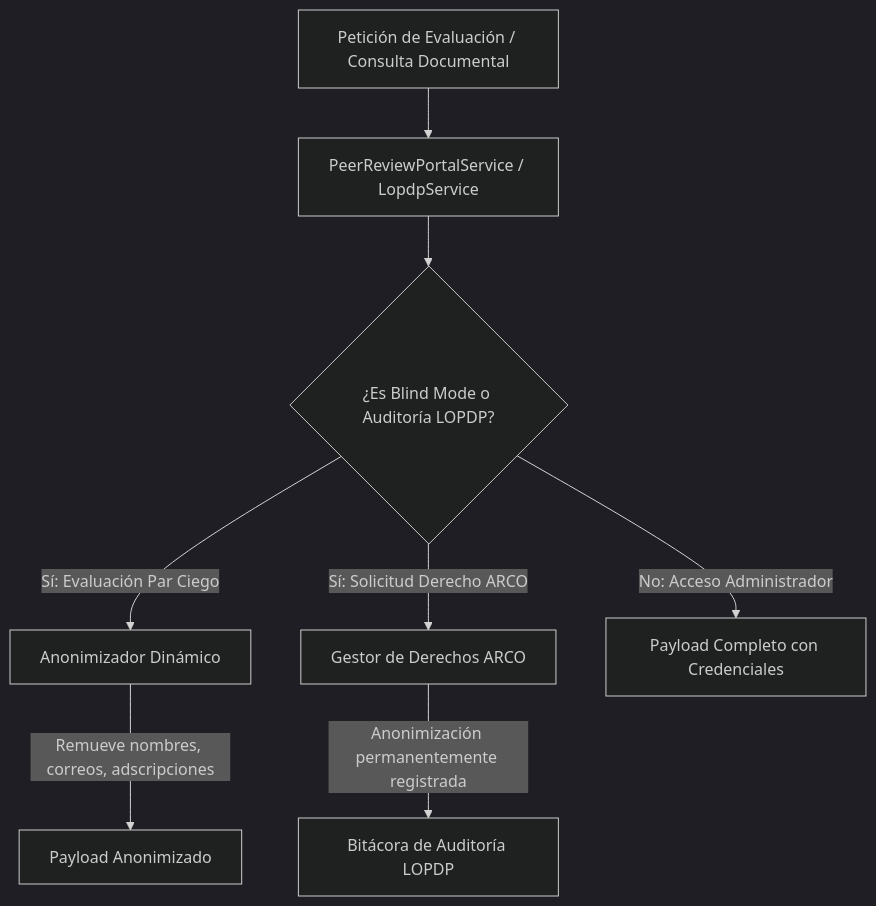
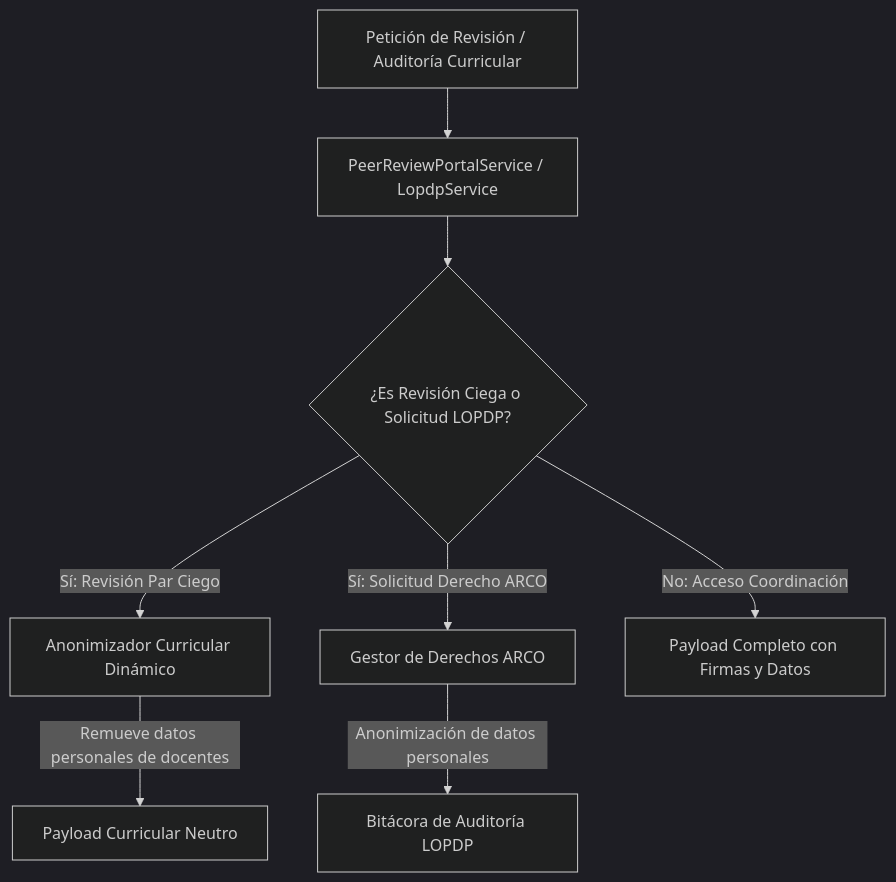
Before and after one commit to JorgeDoicela/dosier: the fifth of 5 diagrams in docs/documentacion/01-arquitectura/02-micro-arquitecturas-patrones.md, drawn with Mermaid (dark theme). The commit also changed other lines of this file and 29 other files, not shown here.

````diff
--- a/docs/documentacion/01-arquitectura/02-micro-arquitecturas-patrones.md
+++ b/docs/documentacion/01-arquitectura/02-micro-arquitecturas-patrones.md
@@ -152,13 +178,13 @@
 ```mermaid
 graph TD
-    Request[Petición de Evaluación / Consulta Documental] --> Router[PeerReviewPortalService / LopdpService]
-    Router --> CheckMode{¿Es Blind Mode o Auditoría LOPDP?}
+    Request[Petición de Revisión / Auditoría Curricular] --> Router[PeerReviewPortalService / LopdpService]
+    Router --> CheckMode{¿Es Revisión Ciega o Solicitud LOPDP?}
 
-    CheckMode -->|Sí: Evaluación Par Ciego| Anonymizer[Anonimizador Dinámico]
-    Anonymizer -->|Remueve nombres, correos, adscripciones| NeutralPayload[Payload Anonimizado]
+    CheckMode -->|Sí: Revisión Par Ciego| Anonymizer[Anonimizador Curricular Dinámico]
+    Anonymizer -->|Remueve datos personales de docentes| NeutralPayload[Payload Curricular Neutro]
 
     CheckMode -->|Sí: Solicitud Derecho ARCO| ARCOHandler[Gestor de Derechos ARCO]
-    ARCOHandler -->|Anonimización permanentemente registrada| AuditDB[Bitácora de Auditoría LOPDP]
+    ARCOHandler -->|Anonimización de datos personales| AuditDB[Bitácora de Auditoría LOPDP]
 
-    CheckMode -->|No: Acceso Administrador| FullPayload[Payload Completo con Credenciales]
+    CheckMode -->|No: Acceso Coordinación| FullPayload[Payload Completo con Firmas y Datos]
 ```
````
